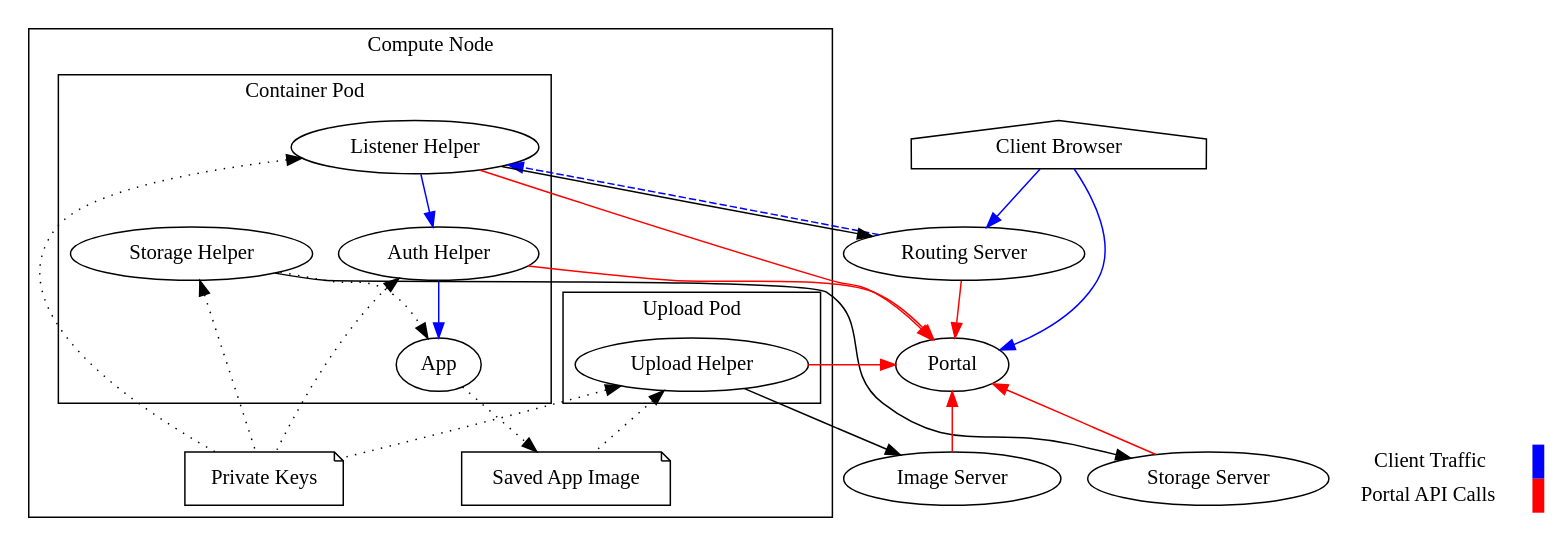
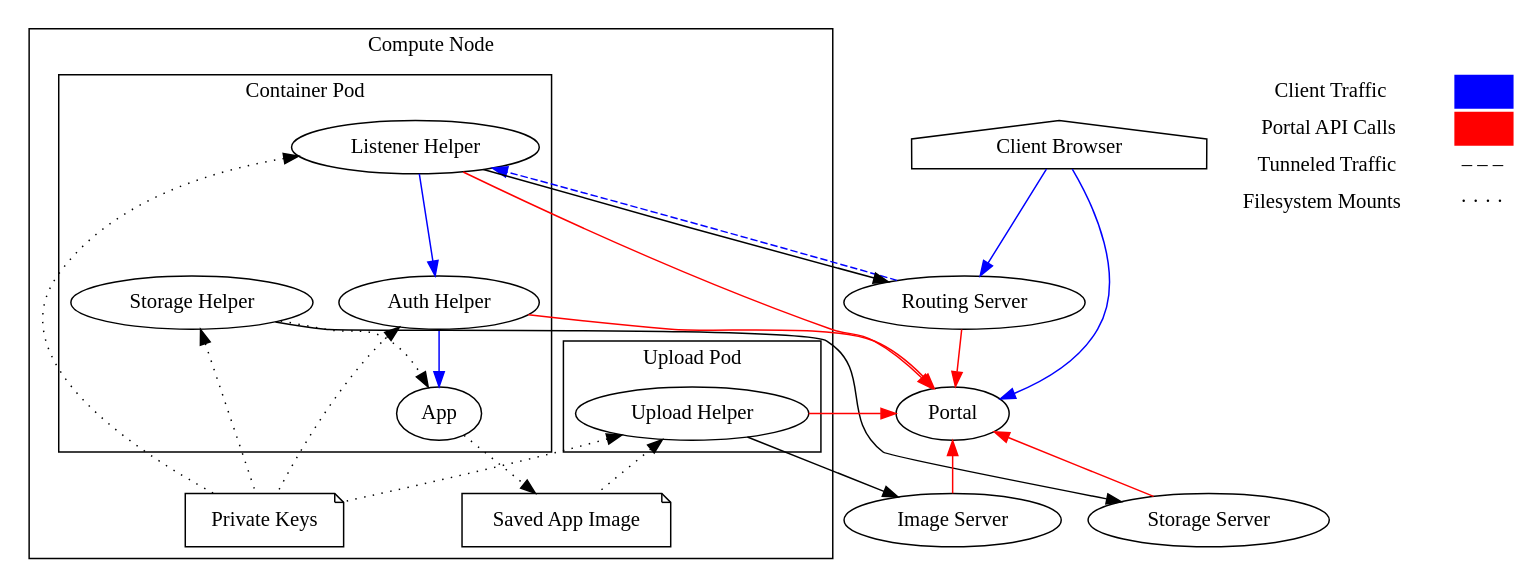
The diagram in images/diagrams/pod-components.dot (dit4c/dit4c.github.io), drawn with Graphviz before and after one commit. The commit also changed 5 other files, not shown here.

Commit message:
Improve legends for diagrams

```diff
--- a/images/diagrams/pod-components.dot
+++ b/images/diagrams/pod-components.dot
@@ -1,64 +1,72 @@
 digraph G {
   compound=true
 
   "Client Browser" [shape=house]
   { rank=source "Client Browser"}
   "Client Browser" -> "Portal" [color=blue]
   "Client Browser" -> "Routing Server" [color=blue]
 
   subgraph cluster_node {
     label="Compute Node"
 
     subgraph cluster_instance_pod {
       label="Container Pod"
       "Listener Helper" ->
       "Auth Helper" ->
       "App" [color=blue]
       "Storage Helper" -> "App" [style=dotted]
     }
 
     subgraph cluster_upload_pod {
       label="Upload Pod"
       "Upload Helper"
     }
 
     "Private Keys" [shape=note]
     "Saved App Image" [shape=note]
     { rank=same "Private Keys" "Saved App Image" }
 
     "App" -> "Saved App Image" [style=dotted]
 
     "Auth Helper" -> "Private Keys" [dir=back,style=dotted]
     "Listener Helper" -> "Private Keys" [dir=back,style=dotted]
     "Storage Helper" -> "Private Keys" [dir=back,style=dotted]
     "Upload Helper" -> "Private Keys" [dir=back,style=dotted]
     "Upload Helper" -> "Saved App Image" [dir=back,style=dotted]
   }
   "Routing Server" -> "Listener Helper" [style=dashed,color=blue]
   "Routing Server" -> "Portal" [color=RED]
   "Auth Helper" -> "Portal" [color=RED]
   "Listener Helper" -> "Portal" [color=RED]
   "Listener Helper" -> "Routing Server"
   "Storage Helper" -> "Storage Server"
   "Image Server" -> "Portal" [color=RED]
   "Storage Server" -> "Portal" [color=RED]
   "Upload Helper" -> "Portal" [color=RED]
   "Image Server" -> "Upload Helper" [dir=back]
 
   { rank=sink "Image Server" "Storage Server"}
 
-  { rank = sink;
+  { rank = source;
     legend [shape=none, margin=0, label=<
-    <TABLE BORDER="0" CELLBORDER="0" CELLSPACING="0" CELLPADDING="4">
+    <TABLE BORDER="0" CELLBORDER="0" CELLSPACING="2" CELLPADDING="4">
      <TR>
       <TD>Client Traffic</TD>
       <TD BGCOLOR="BLUE"></TD>
      </TR>
      <TR>
       <TD>Portal API Calls</TD>
       <TD BGCOLOR="RED"></TD>
      </TR>
+     <TR>
+      <TD>Tunneled Traffic</TD>
+      <TD>– – –</TD>
+     </TR>
+     <TR>
+      <TD>Filesystem Mounts</TD>
+      <TD>· · · ·</TD>
+     </TR>
     </TABLE>
    >];
   }
 }
```
